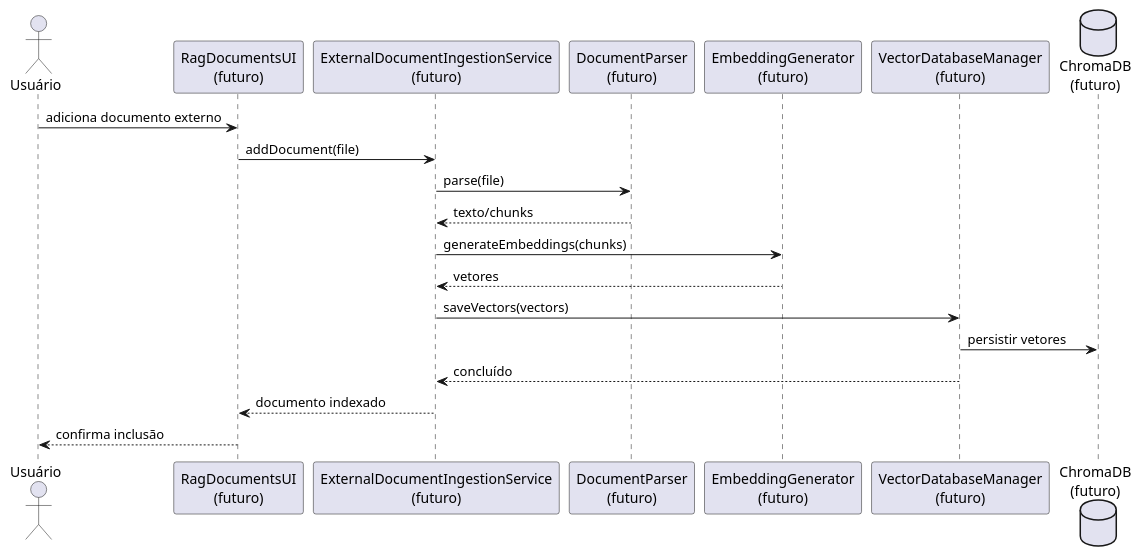
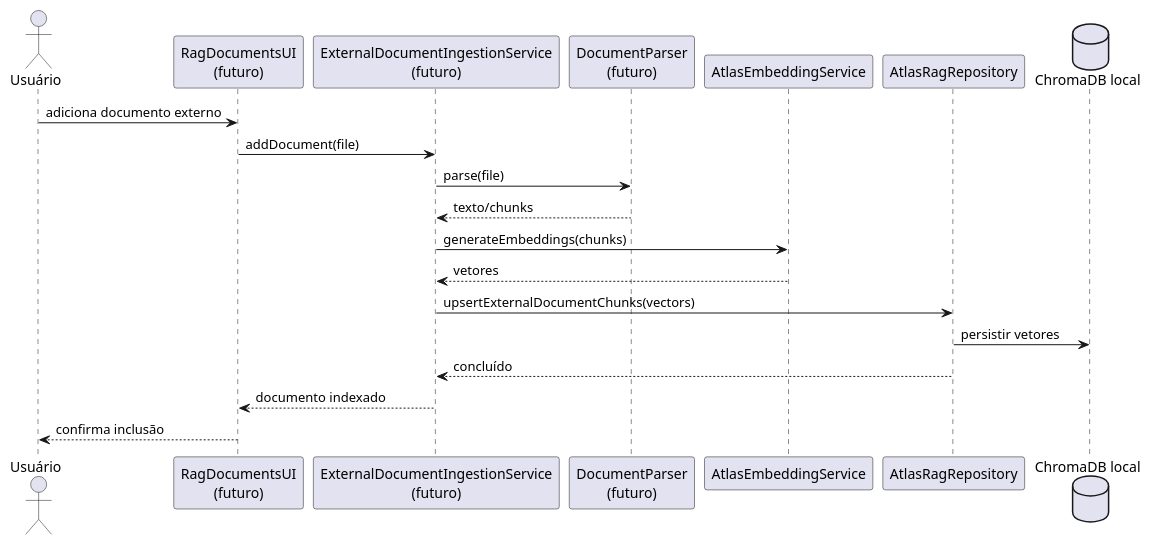
Diagram 40 of 40 in docs/plantuml-diagramas-por-caso-de-uso-atlas.md (JVictorVI/ATLAS), drawn with PlantUML before and after one commit. The commit also changed other lines of this file and 22 other files, not shown here.

````diff
--- a/docs/plantuml-diagramas-por-caso-de-uso-atlas.md
+++ b/docs/plantuml-diagramas-por-caso-de-uso-atlas.md
@@ -1368,24 +1387,24 @@
 ```plantuml
 @startuml
 skinparam shadowing false
 actor Usuário
 participant "RagDocumentsUI\n(futuro)" as UI
 participant "ExternalDocumentIngestionService\n(futuro)" as Ingestion
 participant "DocumentParser\n(futuro)" as Parser
-participant "EmbeddingGenerator\n(futuro)" as Embeddings
-participant "VectorDatabaseManager\n(futuro)" as VectorDb
-database "ChromaDB\n(futuro)" as Chroma
+participant AtlasEmbeddingService as Embeddings
+participant AtlasRagRepository as Repository
+database "ChromaDB local" as Chroma
 
 Usuário -> UI : adiciona documento externo
 UI -> Ingestion : addDocument(file)
 Ingestion -> Parser : parse(file)
 Parser --> Ingestion : texto/chunks
 Ingestion -> Embeddings : generateEmbeddings(chunks)
 Embeddings --> Ingestion : vetores
-Ingestion -> VectorDb : saveVectors(vectors)
-VectorDb -> Chroma : persistir vetores
-VectorDb --> Ingestion : concluído
+Ingestion -> Repository : upsertExternalDocumentChunks(vectors)
+Repository -> Chroma : persistir vetores
+Repository --> Ingestion : concluído
 Ingestion --> UI : documento indexado
 UI --> Usuário : confirma inclusão
 @enduml
 ```
````
